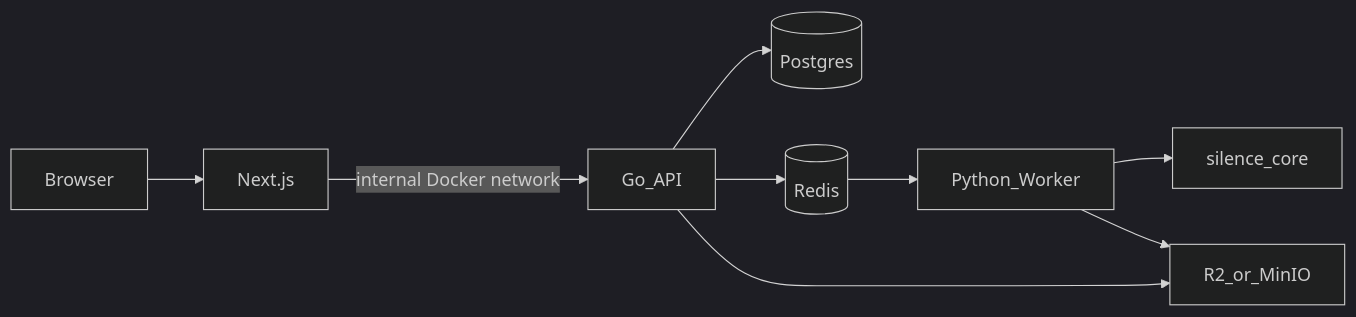
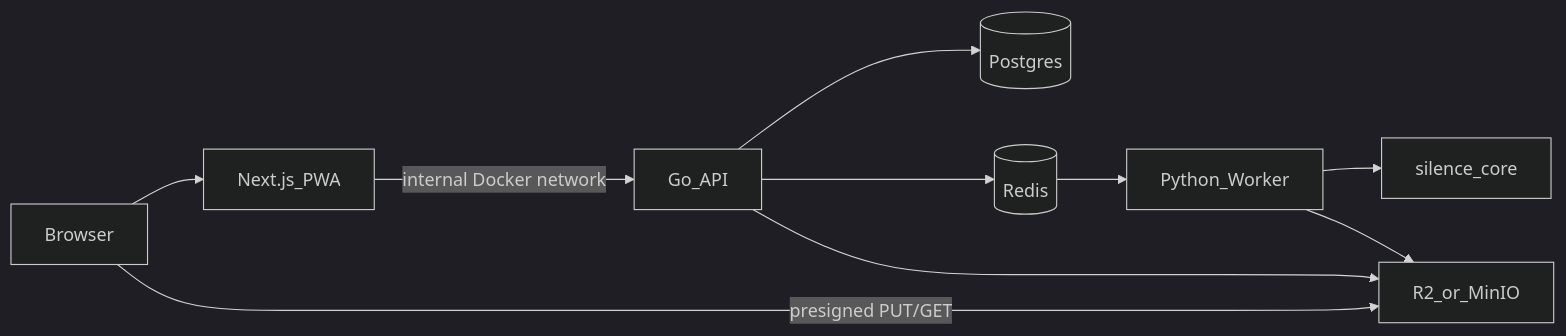
Before and after one commit to farukcan/silence-remover: the diagram in README.md, drawn with Mermaid (dark theme). The commit also changed other lines of this file, not shown here.

````diff
--- a/README.md
+++ b/README.md
@@ -5,11 +7,12 @@
 ```mermaid
 flowchart LR
-  Browser --> Web[Next.js]
+  Browser --> Web[Next.js_PWA]
   Web -->|"internal Docker network"| API[Go_API]
   API --> PG[(Postgres)]
   API --> Redis[(Redis)]
-  API --> S3[R2_or_MinIO]
+  Browser -->|"presigned PUT/GET"| S3[R2_or_MinIO]
+  API --> S3
   Redis --> Worker[Python_Worker]
   Worker --> Core[silence_core]
   Worker --> S3
 ```
````
